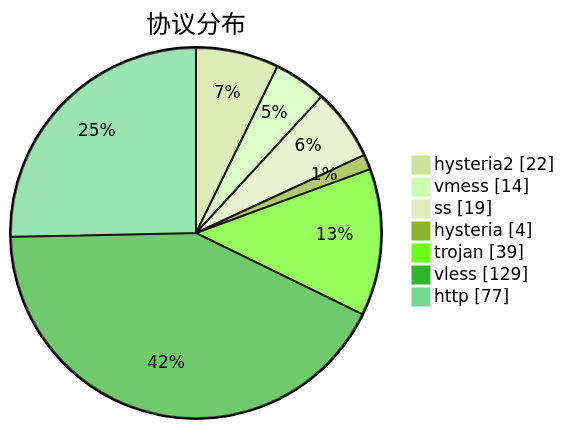
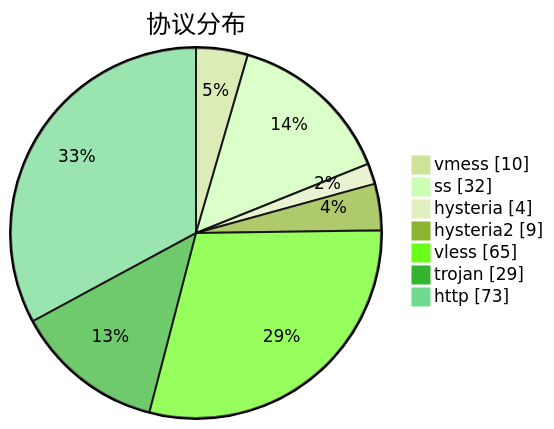
Before and after one commit to sinspired/airport: the third of 3 diagrams in subs/statistics/tested_within.md, drawn with Mermaid (forest theme). The commit also changed other lines of this file and 2 other files, not shown here.

````diff
--- a/subs/statistics/tested_within.md
+++ b/subs/statistics/tested_within.md
@@ -83,11 +73,11 @@
 ```mermaid
 pie showData
 title 协议分布
-"hysteria2" : 22
-"vmess" : 14
-"ss" : 19
+"vmess" : 10
+"ss" : 32
 "hysteria" : 4
-"trojan" : 39
-"vless" : 129
-"http" : 77
+"hysteria2" : 9
+"vless" : 65
+"trojan" : 29
+"http" : 73
 ```
````
